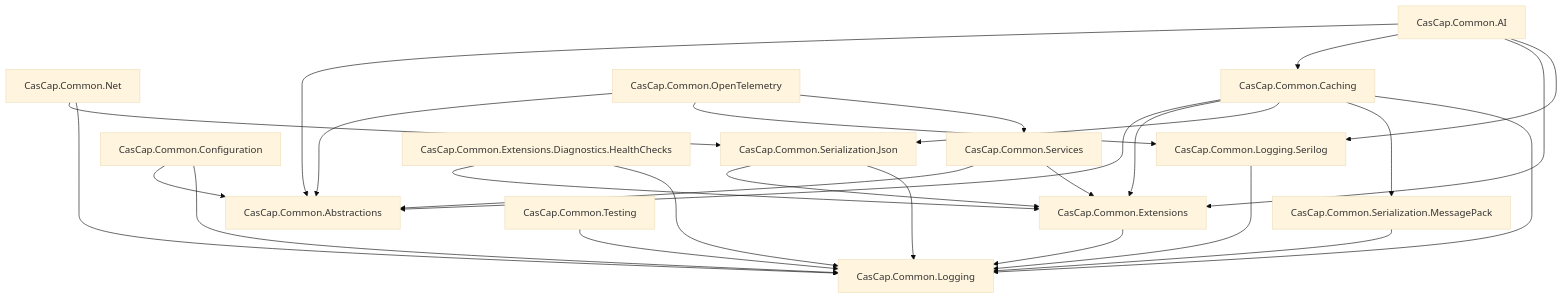
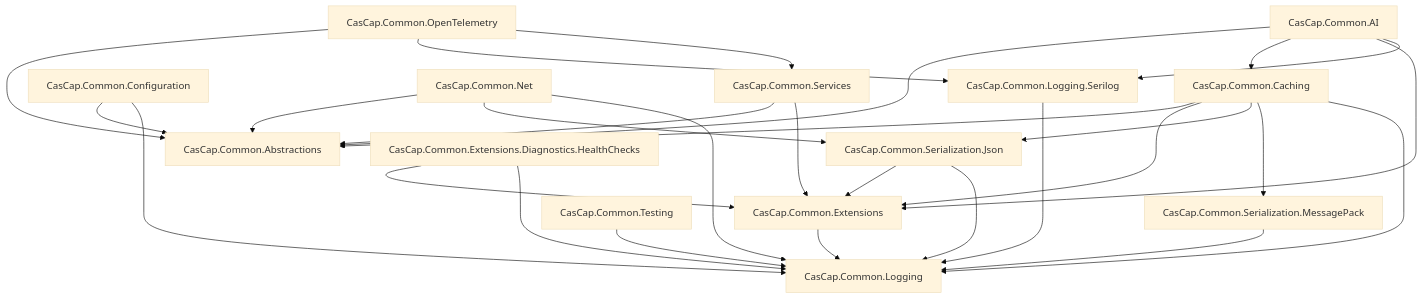
Before and after one commit to f2calv/CasCap.Common: the first of 2 diagrams in README.md, drawn with Mermaid (base theme). The commit also changed other lines of this file and 4 other files, not shown here.

````diff
--- a/README.md
+++ b/README.md
@@ -85,44 +85,45 @@
 ```mermaid
 graph TD
     Logging[CasCap.Common.Logging]
     LoggingSerilog[CasCap.Common.Logging.Serilog]
     Abstractions[CasCap.Common.Abstractions]
     Extensions[CasCap.Common.Extensions]
     Configuration[CasCap.Common.Configuration]
     SerJson[CasCap.Common.Serialization.Json]
     SerMsgPack[CasCap.Common.Serialization.MessagePack]
     Net[CasCap.Common.Net]
     Caching[CasCap.Common.Caching]
     Services[CasCap.Common.Services]
     HealthChecks[CasCap.Common.Extensions.Diagnostics.HealthChecks]
     Testing[CasCap.Common.Testing]
     AI[CasCap.Common.AI]
     OTel[CasCap.Common.OpenTelemetry]
 
     Extensions --> Logging
     LoggingSerilog --> Logging
     Configuration --> Abstractions
     Configuration --> Logging
     SerJson --> Extensions
     SerJson --> Logging
     SerMsgPack --> Logging
+    Net --> Abstractions
     Net --> SerJson
     Net --> Logging
     HealthChecks --> Extensions
     HealthChecks --> Logging
     Testing --> Logging
     Services --> Abstractions
     Services --> Extensions
     Caching --> Abstractions
     Caching --> Extensions
     Caching --> SerJson
     Caching --> SerMsgPack
     Caching --> Logging
     AI --> Abstractions
     AI --> Caching
     AI --> Extensions
     AI --> LoggingSerilog
     OTel --> Abstractions
     OTel --> LoggingSerilog
     OTel --> Services
 ```
````
